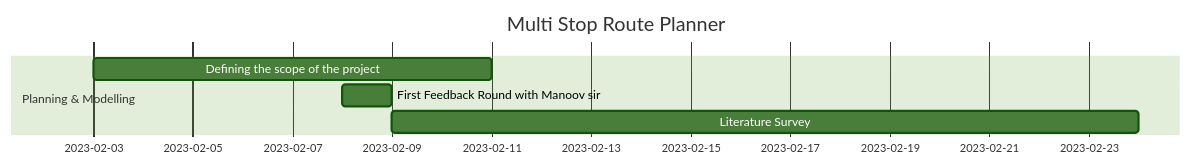
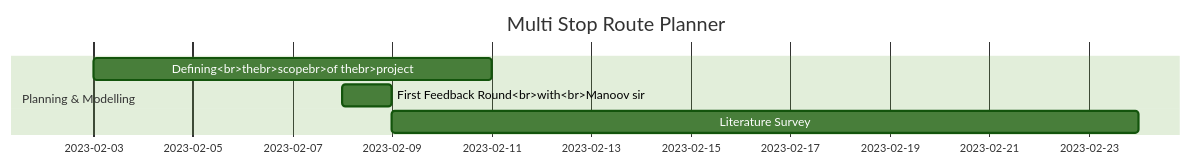
One commit to bholebaba0135/Destiny-Defined_TARP changed the second of 7 diagrams in README.md. Above: the diagram before and after it, drawn with Mermaid (forest theme).

Commit message:
resolving minor isssues with gantt chart

````diff
--- a/README.md
+++ b/README.md
@@ -41,11 +41,11 @@
 ```mermaid
 gantt
 
 title Multi Stop Route Planner
 dateFormat DD-MM-YYYY
 section Planning & Modelling
-Defining the scope of the project :a1, 03-02-2023, 8d
-First Feedback Round with Manoov sir :a2, 08-02-2023, 1d
+Defining<br>thebr>scopebr>of thebr>project :a1, 03-02-2023, 8d
+First Feedback Round<br>with<br>Manoov sir :a2, 08-02-2023, 1d
 Literature Survey :after a2, 15d
 
 ```
````
